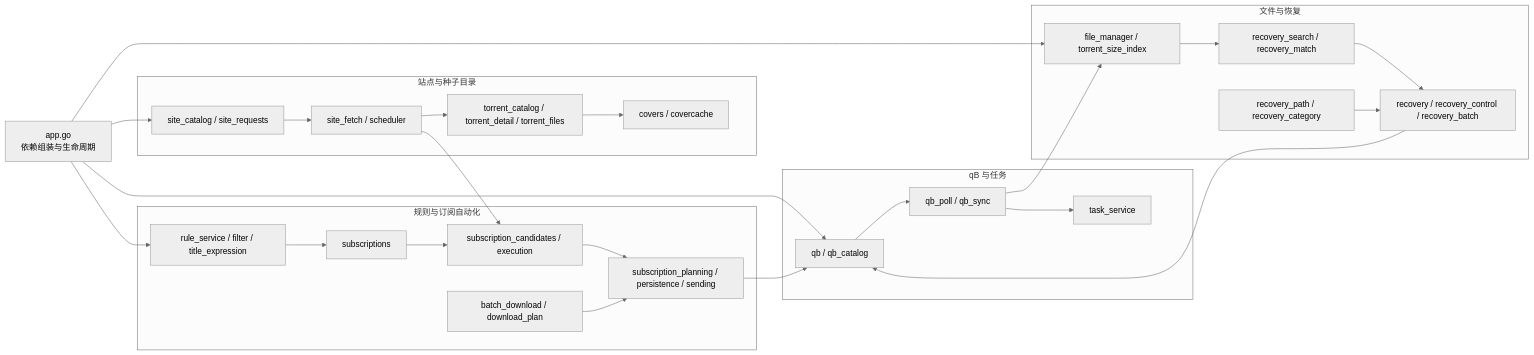
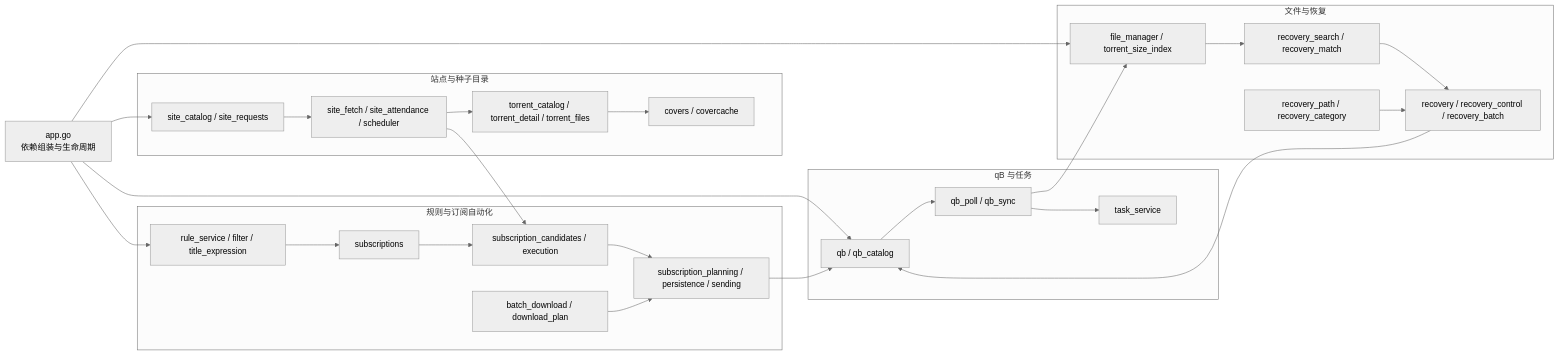
One commit to Huffer342-WSH/NexusBridge changed the third of 7 diagrams in docs/architecture.md. Above: the diagram before and after it, drawn with Mermaid (neutral theme). The commit also changed other lines of this file and 43 other files, not shown here.

````diff
--- a/docs/architecture.md
+++ b/docs/architecture.md
@@ -113,49 +113,49 @@
 ```mermaid
 flowchart LR
     App[app.go<br/>依赖组装与生命周期]
 
     subgraph SiteDomain[站点与种子目录]
         SiteCatalog[site_catalog / site_requests]
-        SiteFetch[site_fetch / scheduler]
+        SiteFetch[site_fetch / site_attendance / scheduler]
         TorrentCatalog[torrent_catalog / torrent_detail / torrent_files]
         Covers[covers / covercache]
     end
 
     subgraph Automation[规则与订阅自动化]
         Rules[rule_service / filter / title_expression]
         Subs[subscriptions]
         Candidates[subscription_candidates / execution]
         Pipeline[subscription_planning / persistence / sending]
         Batch[batch_download / download_plan]
     end
 
     subgraph QBTasks[qB 与任务]
         QB[qb / qb_catalog]
         Sync[qb_poll / qb_sync]
         Tasks[task_service]
     end
 
     subgraph Recovery[文件与恢复]
         Files[file_manager / torrent_size_index]
         Search[recovery_search / recovery_match]
         Recover[recovery / recovery_control / recovery_batch]
         Path[recovery_path / recovery_category]
     end
 
     App --> SiteCatalog
     App --> Rules
     App --> QB
     App --> Files
 
     SiteCatalog --> SiteFetch --> TorrentCatalog
     TorrentCatalog --> Covers
     SiteFetch --> Candidates
     Rules --> Subs --> Candidates --> Pipeline
     Batch --> Pipeline
     Pipeline --> QB
     QB --> Sync --> Tasks
     Sync --> Files
     Files --> Search --> Recover
     Path --> Recover
     Recover --> QB
 ```
````
